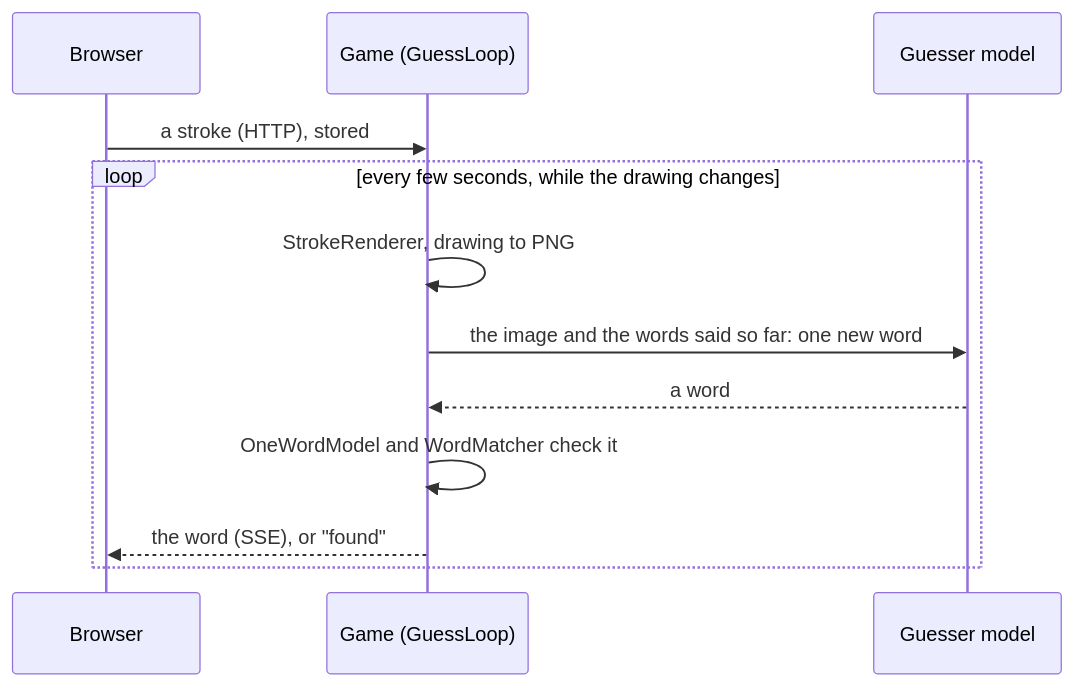
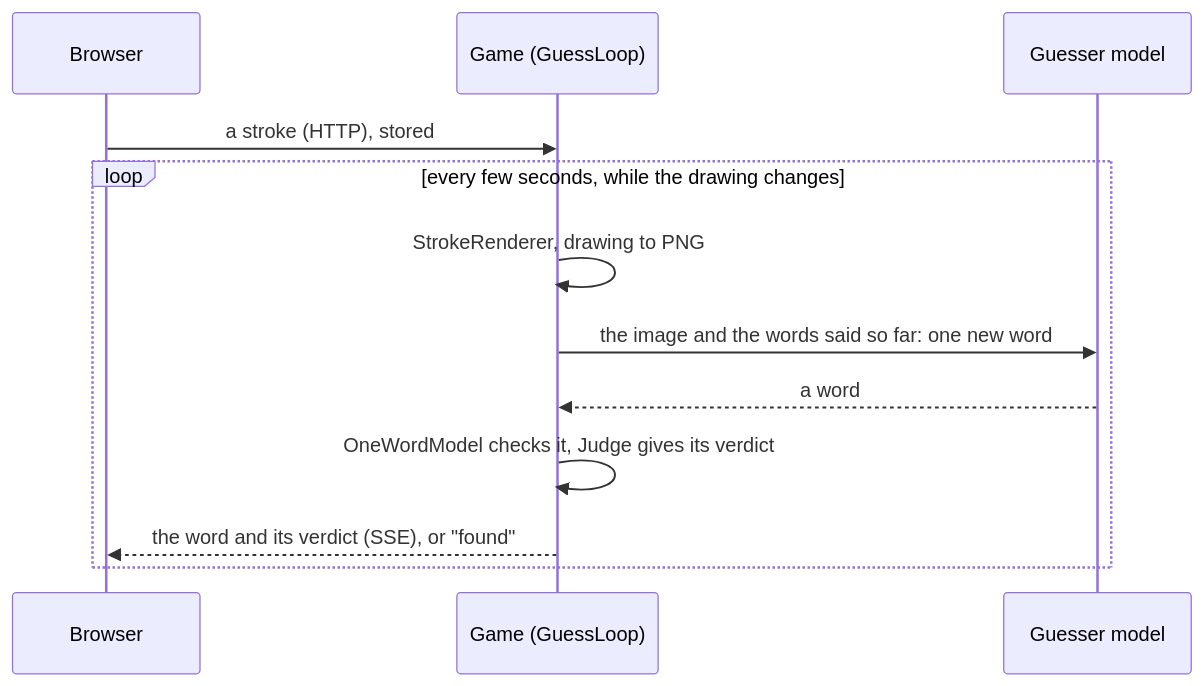
Before and after one commit to sowebdev/symfony-ai-hackathon-2026-draw-it-if-you-can: the third of 3 diagrams in docs/architecture.md, drawn with Mermaid. The commit also changed other lines of this file and 10 other files, not shown here.

````diff
--- a/docs/architecture.md
+++ b/docs/architecture.md
@@ -60,15 +60,15 @@
 ```mermaid
 sequenceDiagram
     participant B as Browser
     participant G as Game (GuessLoop)
     participant M as Guesser model
 
     B->>G: a stroke (HTTP), stored
     loop every few seconds, while the drawing changes
         G->>G: StrokeRenderer, drawing to PNG
         G->>M: the image and the words said so far: one new word
         M-->>G: a word
-        G->>G: OneWordModel and WordMatcher check it
-        G-->>B: the word (SSE), or "found"
+        G->>G: OneWordModel checks it, Judge gives its verdict
+        G-->>B: the word and its verdict (SSE), or "found"
     end
 ```
````
